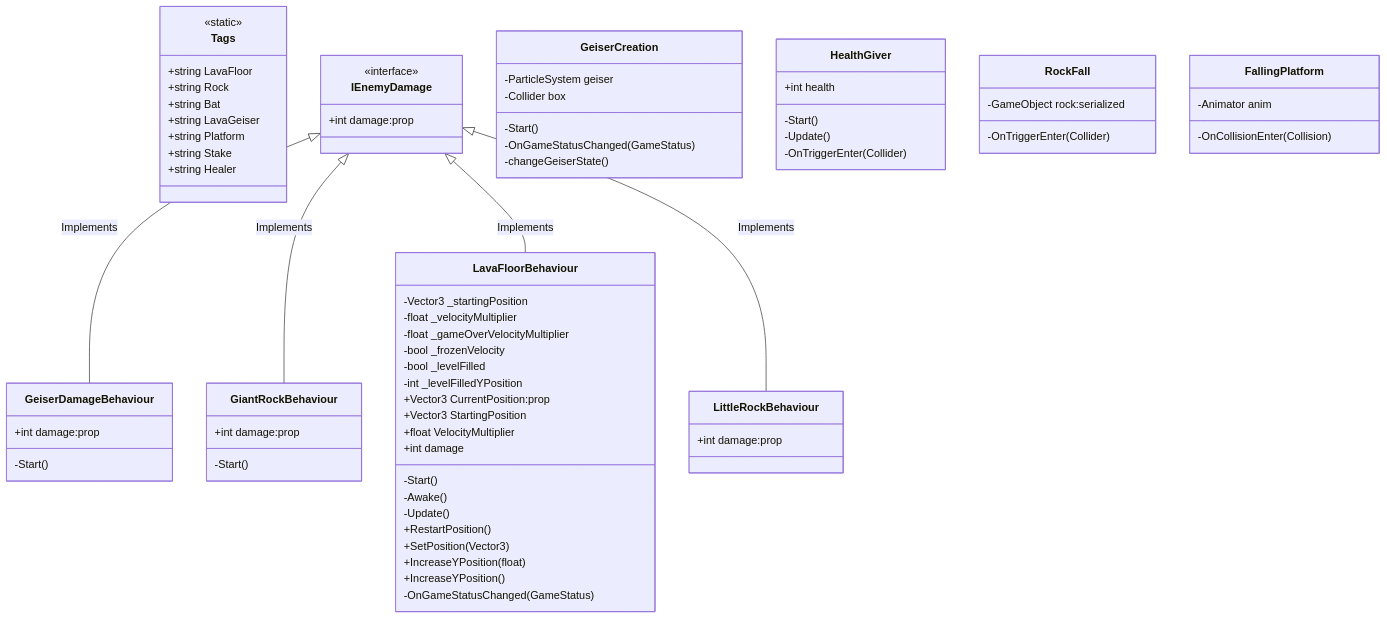
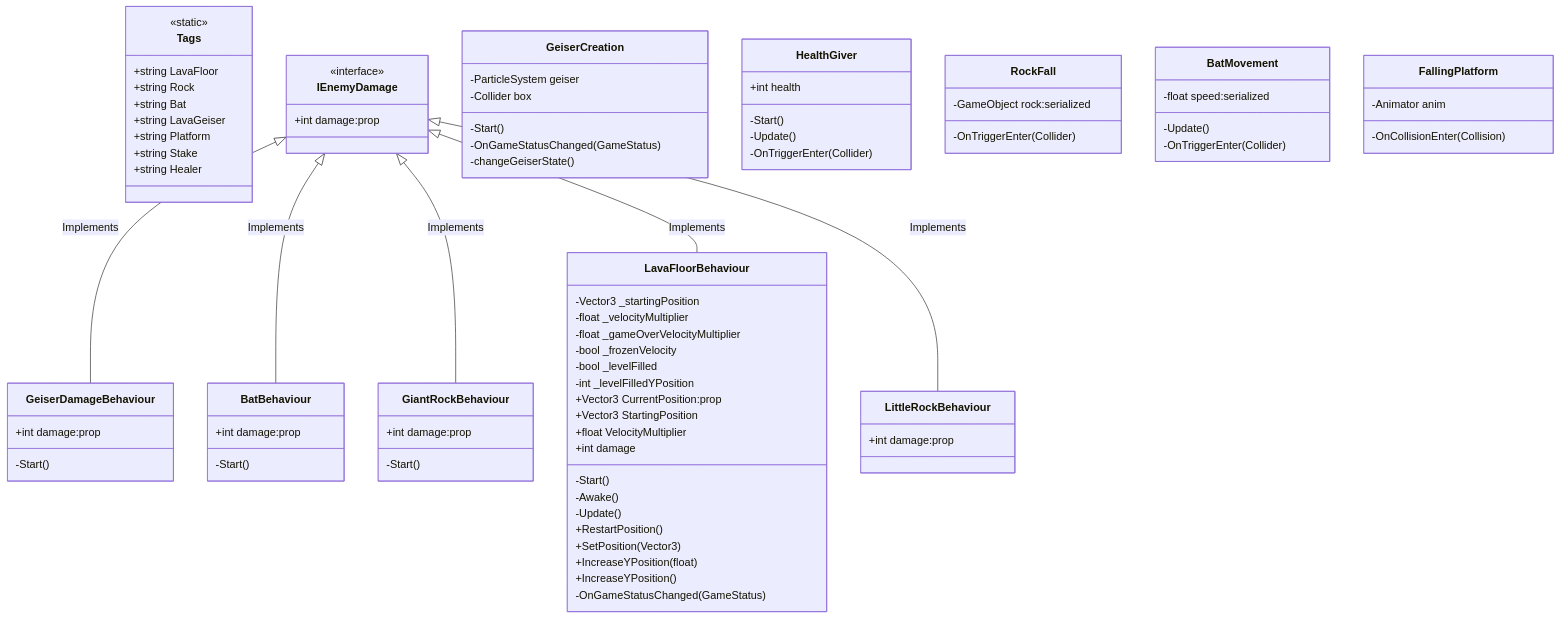
One commit to Eldamo24/Floor-is-Lava changed the third of 5 diagrams in README.md. Above: the diagram before and after it, drawn with Mermaid.

```diff
--- a/README.md
+++ b/README.md
@@ -149,6 +149,12 @@
 
     IEnemyDamage<|--GeiserDamageBehaviour : Implements
     class GeiserDamageBehaviour{
+        +int damage:prop
+        -Start()
+    }
+
+ IEnemyDamage<|--BatBehaviour : Implements
+    class BatBehaviour{
         +int damage:prop
         -Start()
     }
@@ -198,6 +204,12 @@
         -OnTriggerEnter(Collider)
     }
 
+    class BatMovement{
+	-float speed:serialized
+	-Update()
+	-OnTriggerEnter(Collider)
+    }
+
      class FallingPlatform{
         -Animator anim
         -OnCollisionEnter(Collision)
```
